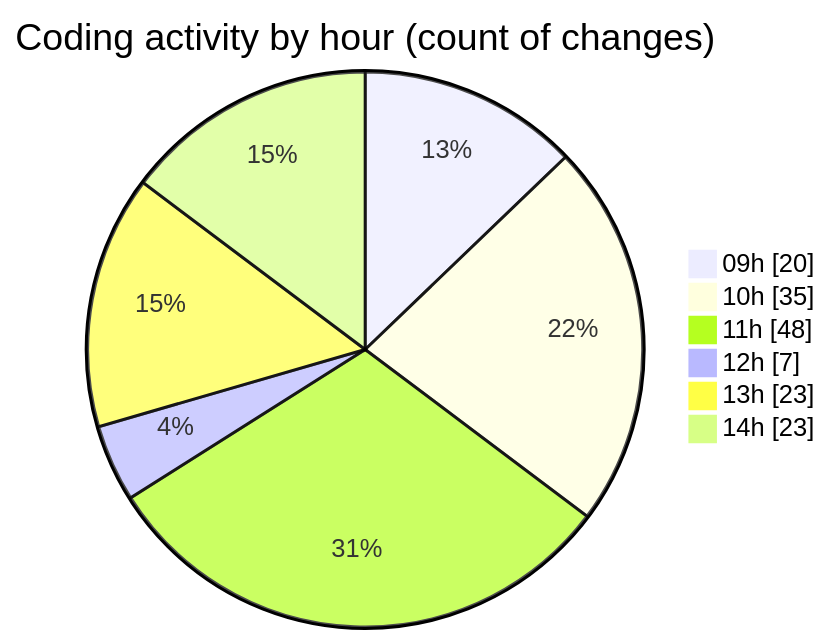
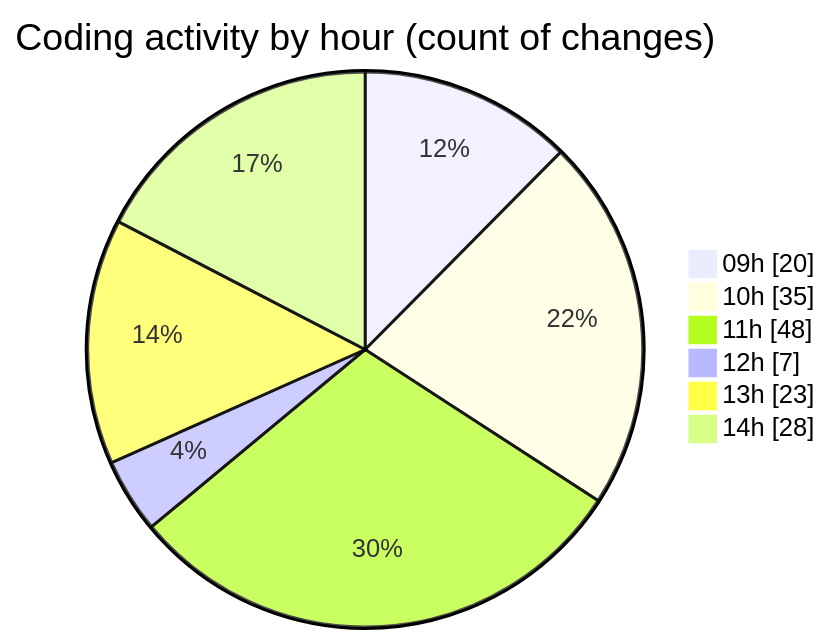
One commit to CELIANVF/code-tracking changed the second of 2 diagrams in 2025-06-10/ecodeli-1/README.md. Above: the diagram before and after it, drawn with Mermaid. The commit also changed other lines of this file and 1 other file, not shown here.

````diff
--- a/2025-06-10/ecodeli-1/README.md
+++ b/2025-06-10/ecodeli-1/README.md
@@ -87,10 +89,10 @@
 ```mermaid
 pie showData
 title Coding activity by hour (count of changes)
 "09h" : 20
 "10h" : 35
 "11h" : 48
 "12h" : 7
 "13h" : 23
-"14h" : 23
+"14h" : 28
 ```
````
